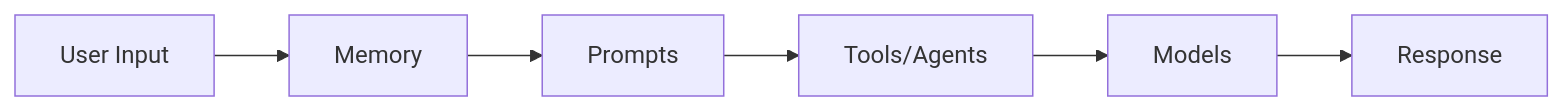
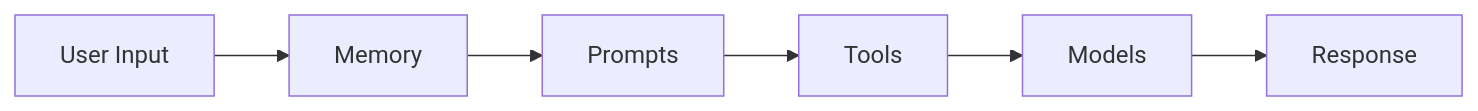
One commit to pasrichashivam/langchain-learning changed the second of 2 diagrams in README.md. Above: the diagram before and after it, drawn with Mermaid. The commit also changed other lines of this file and 5 other files, not shown here.

````diff
--- a/README.md
+++ b/README.md
@@ -52,8 +51,8 @@
 ```mermaid
 flowchart LR
     A[User Input] --> B[Memory]
     B --> C[Prompts]
-    C --> D[Tools/Agents]
+    C --> D[Tools]
     D --> E[Models]
     E --> F[Response]
 ```
````
